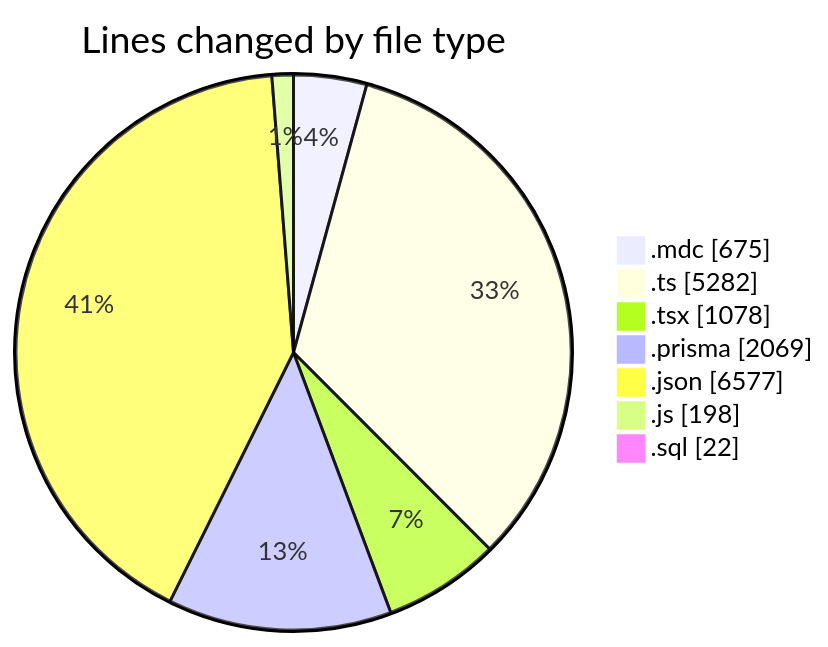
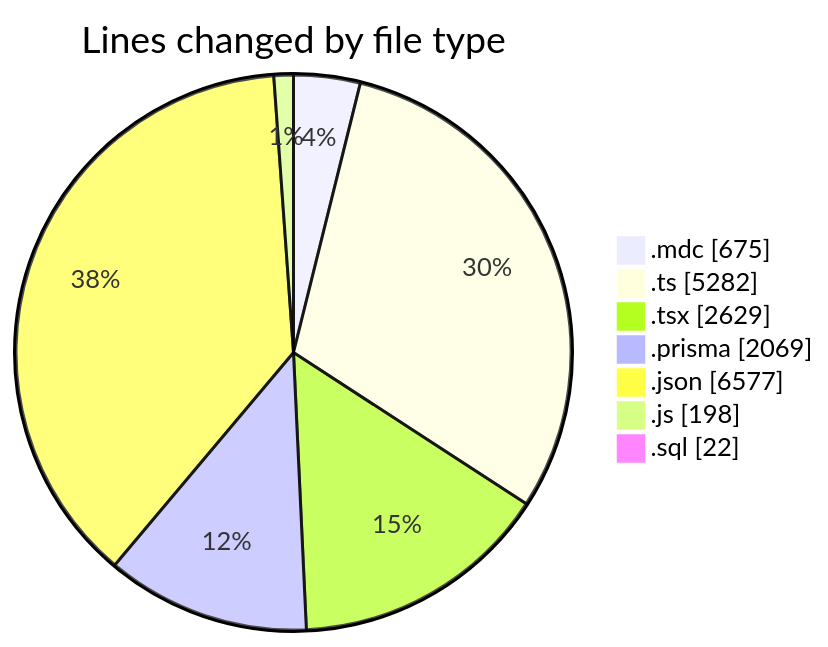
Before and after one commit to CELIANVF/code-tracking: the first of 2 diagrams in 2025-06-05/ecodeli-1/README.md, drawn with Mermaid. The commit also changed other lines of this file and 1 other file, not shown here.

````diff
--- a/2025-06-05/ecodeli-1/README.md
+++ b/2025-06-05/ecodeli-1/README.md
@@ -47,11 +48,11 @@
 ```mermaid
 pie showData
 title Lines changed by file type
 ".mdc" : 675
 ".ts" : 5282
-".tsx" : 1078
+".tsx" : 2629
 ".prisma" : 2069
 ".json" : 6577
 ".js" : 198
 ".sql" : 22
 ```
````
